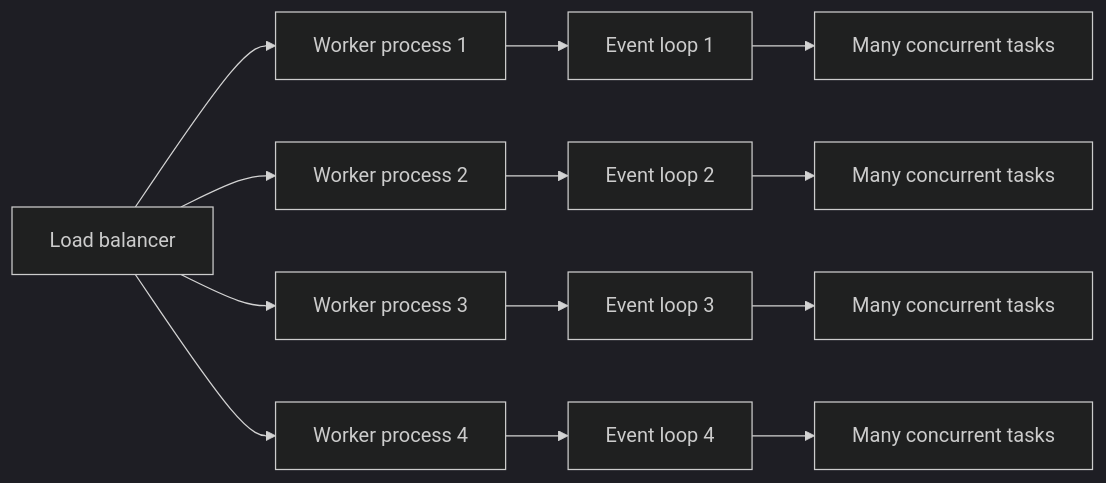
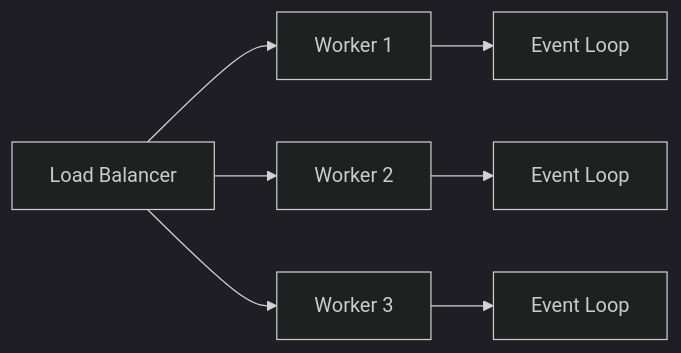
Before and after one commit to AvadhBhalodiya/Interview-Preparation: the seventh of 8 diagrams in src/content/fastapi/async-endpoints.md, drawn with Mermaid (dark theme). The commit also changed other lines of this file and 80 other files, not shown here.

````diff
--- a/src/content/fastapi/async-endpoints.md
+++ b/src/content/fastapi/async-endpoints.md
@@ -913,15 +399,10 @@
 ```mermaid
 flowchart LR
-    LB[Load balancer] --> W1[Worker process 1]
-    LB --> W2[Worker process 2]
-    LB --> W3[Worker process 3]
-    LB --> W4[Worker process 4]
-    W1 --> E1[Event loop 1]
-    W2 --> E2[Event loop 2]
-    W3 --> E3[Event loop 3]
-    W4 --> E4[Event loop 4]
-    E1 --> T1[Many concurrent tasks]
-    E2 --> T2[Many concurrent tasks]
-    E3 --> T3[Many concurrent tasks]
-    E4 --> T4[Many concurrent tasks]
+    LB[Load Balancer] --> W1[Worker 1]
+    LB --> W2[Worker 2]
+    LB --> W3[Worker 3]
+
+    W1 --> E1[Event Loop]
+    W2 --> E2[Event Loop]
+    W3 --> E3[Event Loop]
 ```
````
